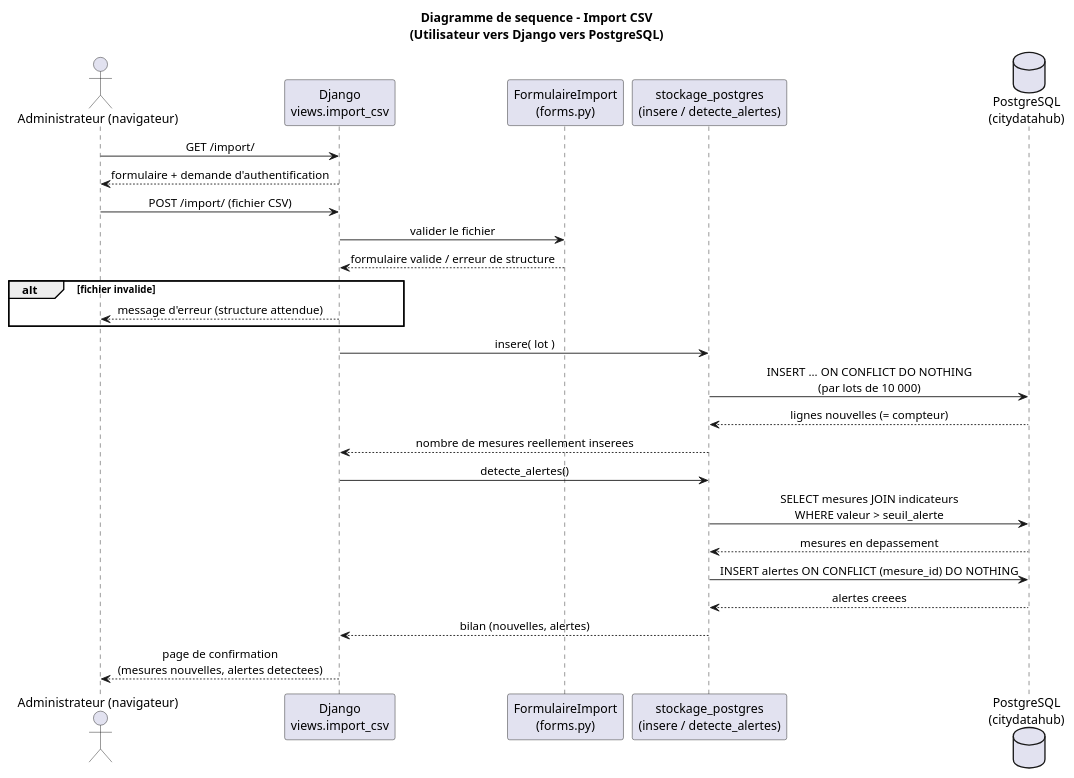
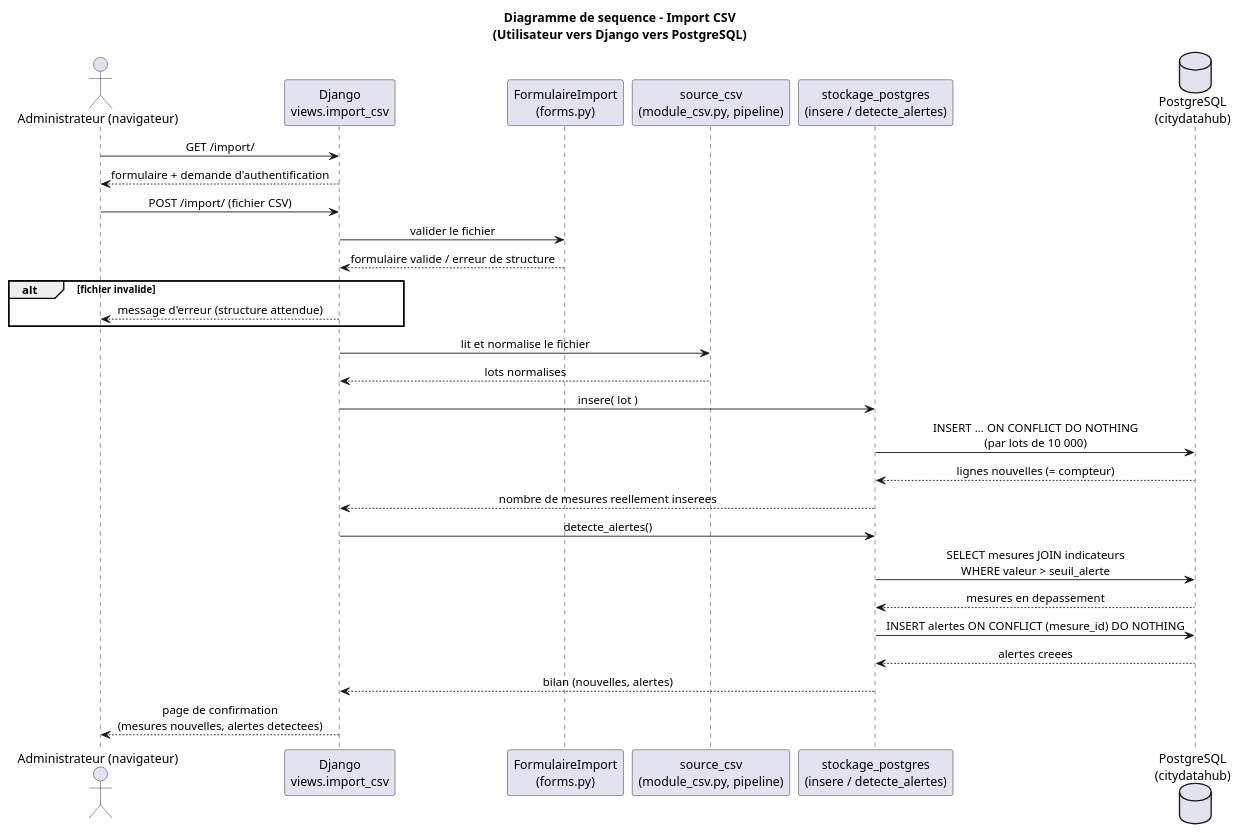
Before and after one commit to ExpertAsAService/citydatahub: the diagram in docs/uml/sequence.puml, drawn with PlantUML. The commit also changed 2 other files, not shown here.

```diff
--- a/docs/uml/sequence.puml
+++ b/docs/uml/sequence.puml
@@ -1,31 +1,34 @@
 @startuml
 skinparam sequenceMessageAlign center
 
 title Diagramme de sequence - Import CSV\n(Utilisateur vers Django vers PostgreSQL)
 
 actor "Administrateur (navigateur)" as U
 participant "Django\nviews.import_csv" as DJ
 participant "FormulaireImport\n(forms.py)" as FO
+participant "source_csv\n(module_csv.py, pipeline)" as SC
 participant "stockage_postgres\n(insere / detecte_alertes)" as ST
 database "PostgreSQL\n(citydatahub)" as PG
 
 U -> DJ : GET /import/
 DJ --> U : formulaire + demande d'authentification
 U -> DJ : POST /import/ (fichier CSV)
 DJ -> FO : valider le fichier
 FO --> DJ : formulaire valide / erreur de structure
 alt fichier invalide
     DJ --> U : message d'erreur (structure attendue)
 end
+DJ -> SC : lit et normalise le fichier
+SC --> DJ : lots normalises
 DJ -> ST : insere( lot )
 ST -> PG : INSERT ... ON CONFLICT DO NOTHING\n(par lots de 10 000)
 PG --> ST : lignes nouvelles (= compteur)
 ST --> DJ : nombre de mesures reellement inserees
 DJ -> ST : detecte_alertes()
 ST -> PG : SELECT mesures JOIN indicateurs\nWHERE valeur > seuil_alerte
 PG --> ST : mesures en depassement
 ST -> PG : INSERT alertes ON CONFLICT (mesure_id) DO NOTHING
 PG --> ST : alertes creees
 ST --> DJ : bilan (nouvelles, alertes)
 DJ --> U : page de confirmation\n(mesures nouvelles, alertes detectees)
 @enduml
```
